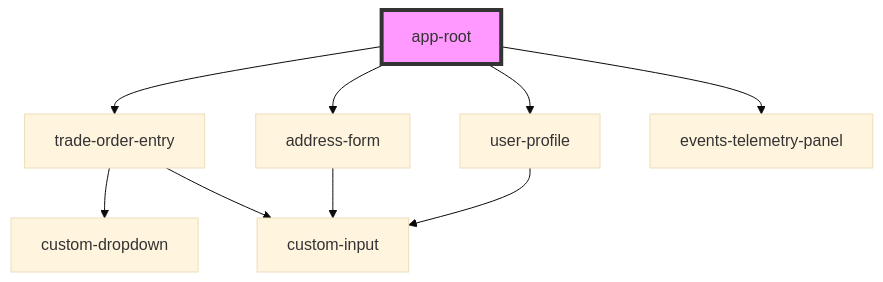
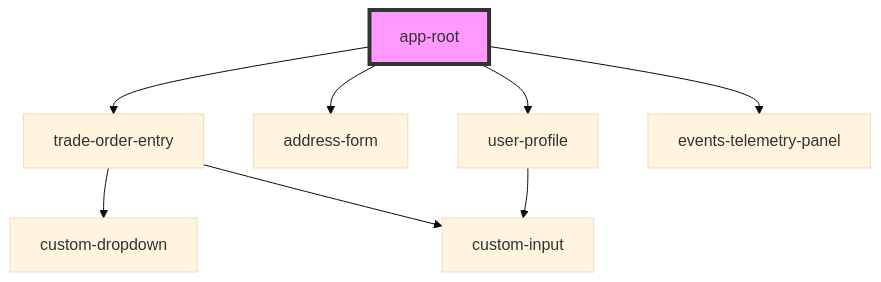
Before and after one commit to jimbono/stencil-form-telemetry: the diagram in src/components/app-root/readme.md, drawn with Mermaid (base theme). The commit also changed 5 other files, not shown here.

````diff
--- a/src/components/app-root/readme.md
+++ b/src/components/app-root/readme.md
@@ -18,12 +18,11 @@
 ```mermaid
 graph TD;
   app-root --> trade-order-entry
   app-root --> address-form
   app-root --> user-profile
   app-root --> events-telemetry-panel
   trade-order-entry --> custom-dropdown
   trade-order-entry --> custom-input
-  address-form --> custom-input
   user-profile --> custom-input
   style app-root fill:#f9f,stroke:#333,stroke-width:4px
 ```
````
